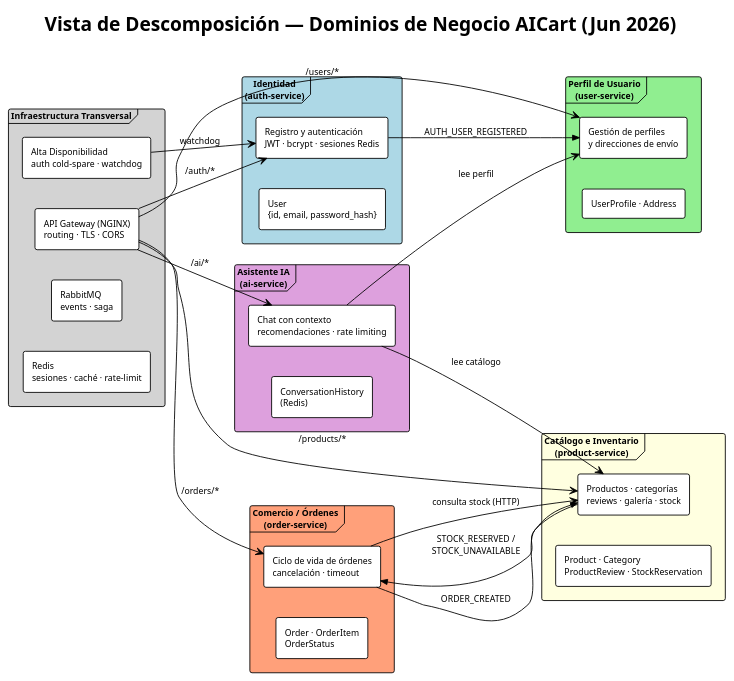
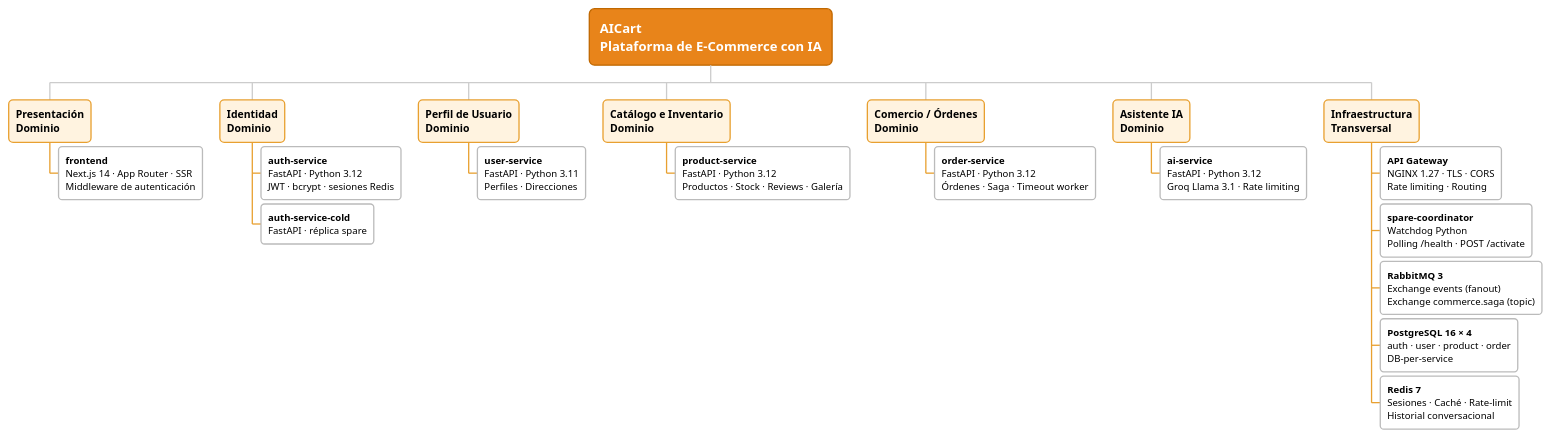
The diagram in docs/architecture/Decomposition_Current.puml (jpastor1649/ecommerce-project), drawn with PlantUML before and after one commit. The commit also changed 6 other files, not shown here.

```diff
--- a/docs/architecture/Decomposition_Current.puml
+++ b/docs/architecture/Decomposition_Current.puml
@@ -1,57 +1,80 @@
-@startuml
-!theme plain
-skinparam componentStyle rectangle
-skinparam shadowing false
-skinparam defaultFontSize 10
-skinparam packageStyle frame
-left to right direction
+@startwbs
+<style>
+wbsDiagram {
+  BackgroundColor #FFFFFF
+  LineColor #CCCCCC
+  LineThickness 1.5
 
-title Vista de Descomposición — Dominios de Negocio AICart (Jun 2026)
+  node {
+    BackgroundColor #FFFFFF
+    LineColor #CCCCCC
+    RoundCorner 10
+    FontName Arial
+    FontSize 12
+    Padding 8
+    Margin 5
+  }
 
-package "Identidad\n(auth-service)" #LightBlue {
-  component "Registro y autenticación\nJWT · bcrypt · sesiones Redis" as AuthResp
-  component "User\n{id, email, password_hash}" as AuthEntity
+  rootNode {
+    BackgroundColor #E8841A
+    FontColor #FFFFFF
+    FontStyle bold
+    FontSize 15
+    LineColor #C06800
+    RoundCorner 12
+    Padding 12
+  }
+
+  :depth(1) {
+    BackgroundColor #FFF3E0
+    LineColor #E8A030
+    FontStyle bold
+    FontSize 12
+    RoundCorner 10
+  }
+
+  :depth(2) {
+    BackgroundColor #FFFFFF
+    LineColor #BBBBBB
+    FontSize 11
+    RoundCorner 8
+  }
+
+  :depth(3) {
+    BackgroundColor #F0FFF0
+    LineColor #88CC88
+    FontSize 10
+    RoundCorner 6
+  }
 }
+</style>
 
-package "Perfil de Usuario\n(user-service)" #LightGreen {
-  component "Gestión de perfiles\ny direcciones de envío" as UserResp
-  component "UserProfile · Address" as UserEntity
-}
+* <b>AICart</b>\nPlataforma de E-Commerce con IA
 
-package "Catálogo e Inventario\n(product-service)" #LightYellow {
-  component "Productos · categorías\nreviews · galería · stock" as ProductResp
-  component "Product · Category\nProductReview · StockReservation" as ProductEntity
-}
+** Presentación\n<b>Dominio</b>
+*** <b>frontend</b>\nNext.js 14 · App Router · SSR\nMiddleware de autenticación
 
-package "Comercio / Órdenes\n(order-service)" #LightSalmon {
-  component "Ciclo de vida de órdenes\ncancelación · timeout" as OrderResp
-  component "Order · OrderItem\nOrderStatus" as OrderEntity
-}
+** Identidad\n<b>Dominio</b>
+*** <b>auth-service</b>\nFastAPI · Python 3.12\nJWT · bcrypt · sesiones Redis
+*** <b>auth-service-cold</b>\nFastAPI · réplica spare
 
-package "Asistente IA\n(ai-service)" #Plum {
-  component "Chat con contexto\nrecomendaciones · rate limiting" as AIResp
-  component "ConversationHistory\n(Redis)" as AIEntity
-}
+** Perfil de Usuario\n<b>Dominio</b>
+*** <b>user-service</b>\nFastAPI · Python 3.11\nPerfiles · Direcciones
 
-package "Infraestructura Transversal" #LightGray {
-  component "API Gateway (NGINX)\nrouting · TLS · CORS" as GW
-  component "Alta Disponibilidad\nauth cold-spare · watchdog" as HA
-  component "RabbitMQ\nevents · saga" as MB
-  component "Redis\nsesiones · caché · rate-limit" as Cache
-}
+** Catálogo e Inventario\n<b>Dominio</b>
+*** <b>product-service</b>\nFastAPI · Python 3.12\nProductos · Stock · Reviews · Galería
 
-GW --> AuthResp    : /auth/*
-GW --> UserResp    : /users/*
-GW --> ProductResp : /products/*
-GW --> OrderResp   : /orders/*
-GW --> AIResp      : /ai/*
-HA --> AuthResp    : watchdog
+** Comercio / Órdenes\n<b>Dominio</b>
+*** <b>order-service</b>\nFastAPI · Python 3.12\nÓrdenes · Saga · Timeout worker
 
-AuthResp    -->> UserResp    : AUTH_USER_REGISTERED
-OrderResp   -->> ProductResp : ORDER_CREATED
-ProductResp -->> OrderResp   : STOCK_RESERVED /\nSTOCK_UNAVAILABLE
-OrderResp    --> ProductResp : consulta stock (HTTP)
-AIResp       --> ProductResp : lee catálogo
-AIResp       --> UserResp    : lee perfil
+** Asistente IA\n<b>Dominio</b>
+*** <b>ai-service</b>\nFastAPI · Python 3.12\nGroq Llama 3.1 · Rate limiting
 
-@enduml
+** Infraestructura\n<b>Transversal</b>
+*** <b>API Gateway</b>\nNGINX 1.27 · TLS · CORS\nRate limiting · Routing
+*** <b>spare-coordinator</b>\nWatchdog Python\nPolling /health · POST /activate
+*** <b>RabbitMQ 3</b>\nExchange events (fanout)\nExchange commerce.saga (topic)
+*** <b>PostgreSQL 16 × 4</b>\nauth · user · product · order\nDB-per-service
+*** <b>Redis 7</b>\nSesiones · Caché · Rate-limit\nHistorial conversacional
+
+@endwbs
```
